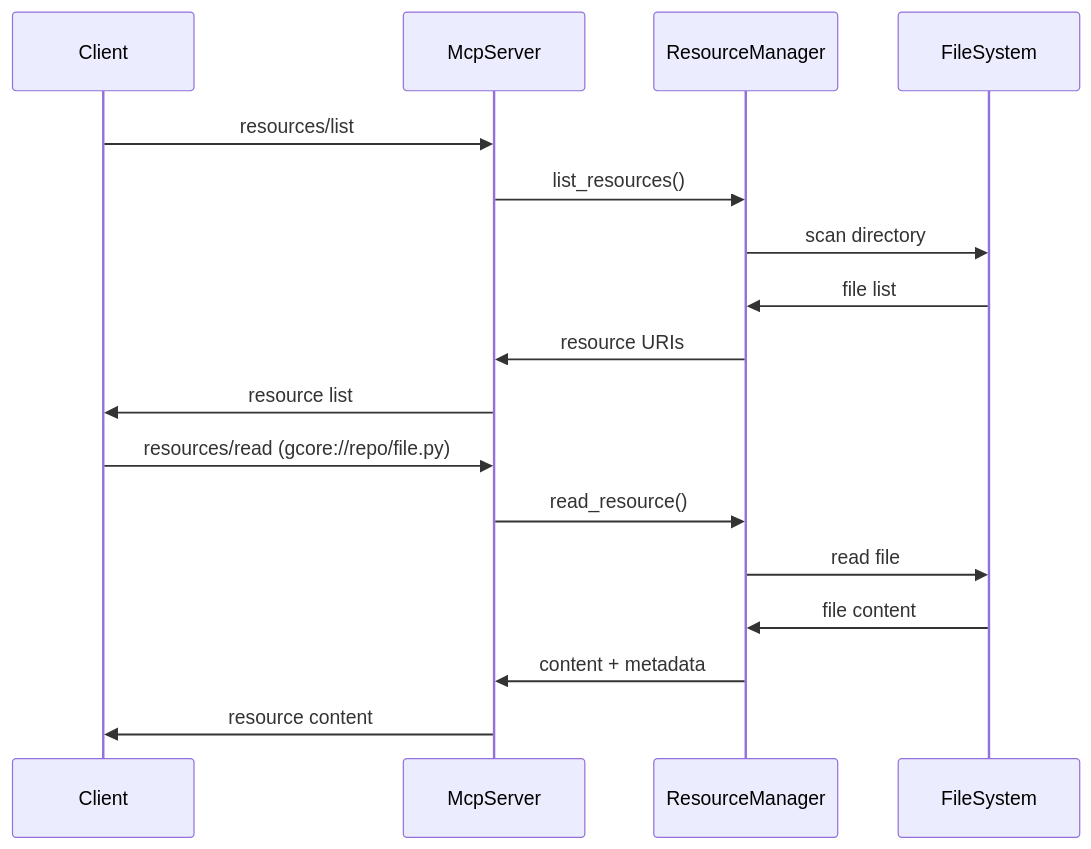
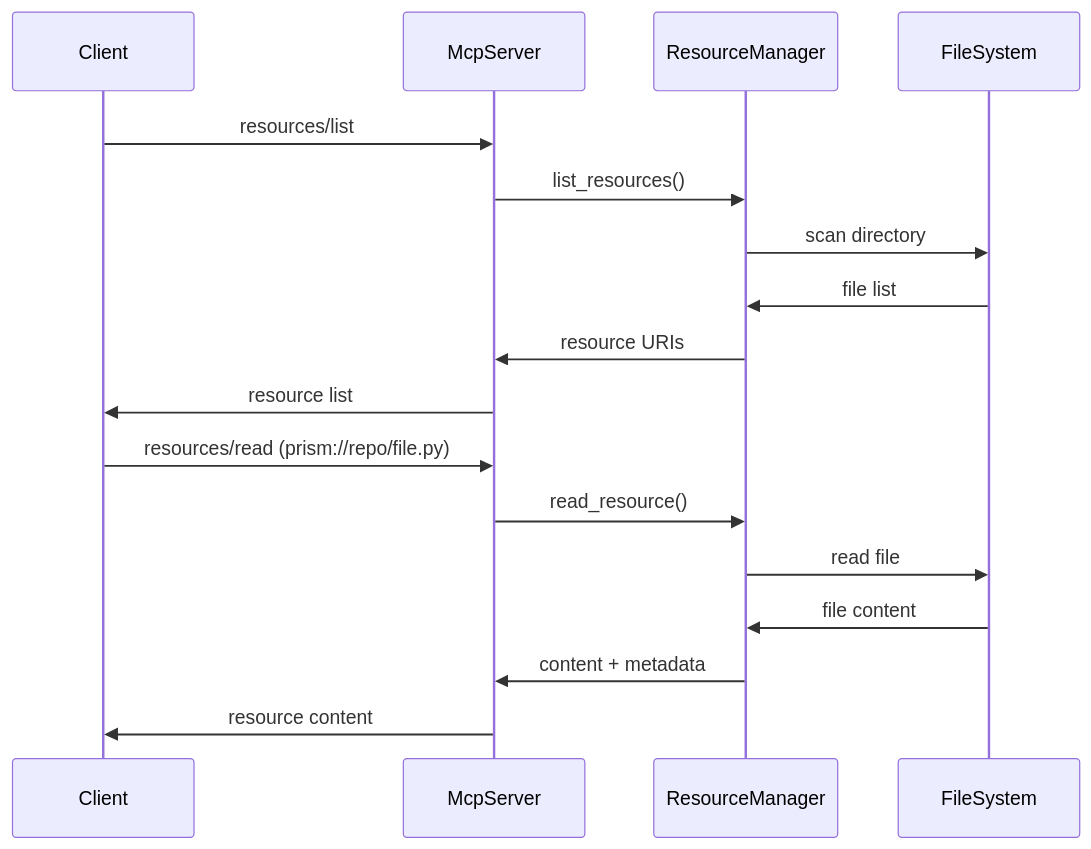
Before and after one commit to rustic-ai/codeprism: the second of 3 diagrams in docs/ARCHITECTURE.md, drawn with Mermaid. The commit also changed other lines of this file and 127 other files, not shown here.

Commit message:
feat: renaming gcore to prism

````diff
--- a/docs/ARCHITECTURE.md
+++ b/docs/ARCHITECTURE.md
@@ -322,21 +322,21 @@
 ```mermaid
 sequenceDiagram
     participant Client
     participant McpServer
     participant ResourceManager
     participant FileSystem
     
     Client->>McpServer: resources/list
     McpServer->>ResourceManager: list_resources()
     ResourceManager->>FileSystem: scan directory
     FileSystem->>ResourceManager: file list
     ResourceManager->>McpServer: resource URIs
     McpServer->>Client: resource list
     
-    Client->>McpServer: resources/read (gcore://repo/file.py)
+    Client->>McpServer: resources/read (prism://repo/file.py)
     McpServer->>ResourceManager: read_resource()
     ResourceManager->>FileSystem: read file
     FileSystem->>ResourceManager: file content
     ResourceManager->>McpServer: content + metadata
     McpServer->>Client: resource content
 ```
````
